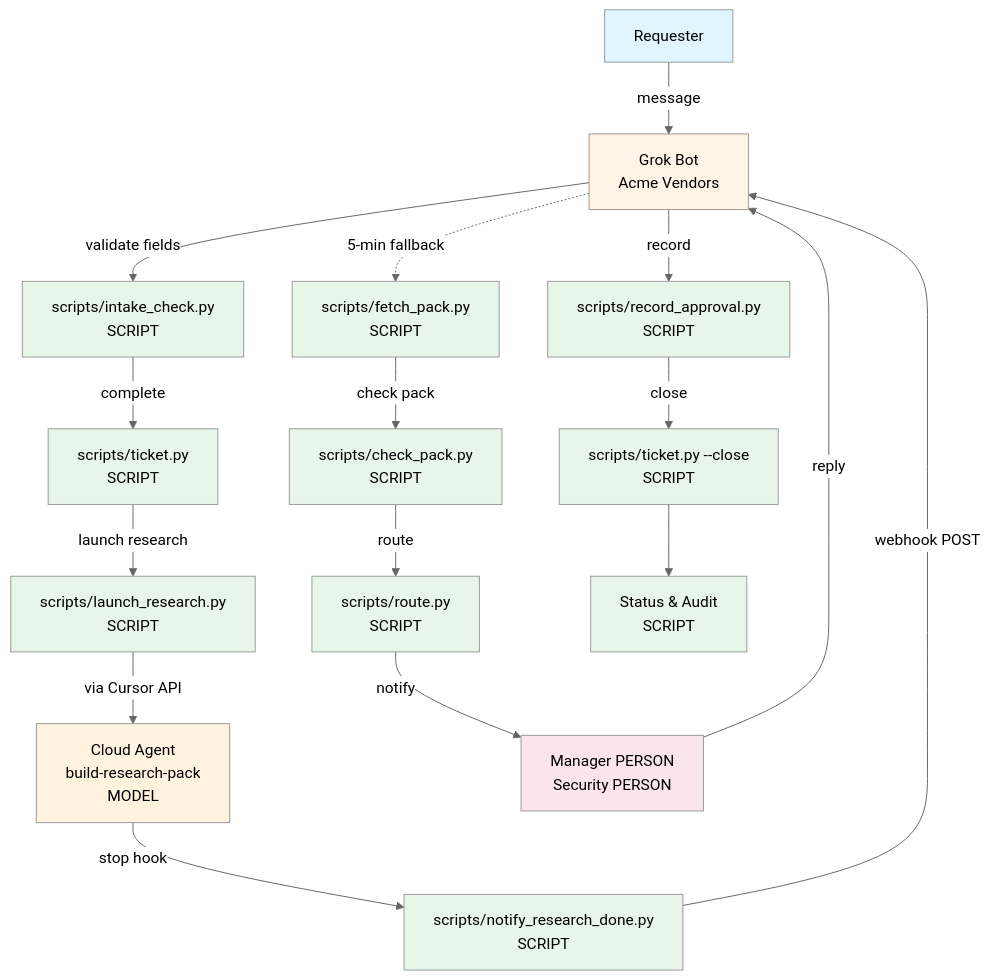
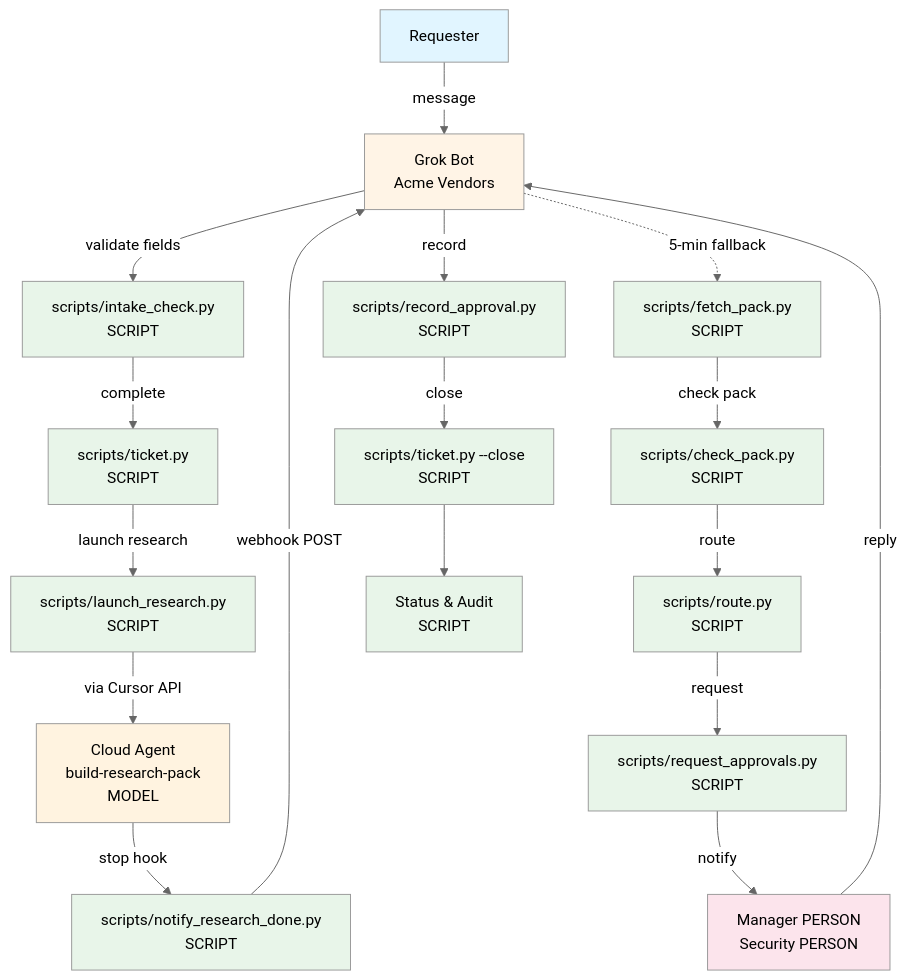
The second of 2 diagrams in README.md (tradersnow222/acme-vendor-onboarding), drawn with Mermaid (neutral theme) before and after one commit. The commit also changed other lines of this file, not shown here.

````diff
--- a/README.md
+++ b/README.md
@@ -51,33 +45,35 @@
 ```mermaid
 flowchart TD
     A[Requester] -->|message| B[Grok Bot<br/>Acme Vendors]
     B -->|validate fields| C[scripts/intake_check.py<br/>SCRIPT]
     C -->|complete| D[scripts/ticket.py<br/>SCRIPT]
     D -->|launch research| E[scripts/launch_research.py<br/>SCRIPT]
     E -->|via Cursor API| F[Cloud Agent<br/>build-research-pack<br/>MODEL]
     F -->|stop hook| G[scripts/notify_research_done.py<br/>SCRIPT]
     G -->|webhook POST| B
     B -.->|5-min fallback| H[scripts/fetch_pack.py<br/>SCRIPT]
     H -->|check pack| I[scripts/check_pack.py<br/>SCRIPT]
     I -->|route| J[scripts/route.py<br/>SCRIPT]
-    J -->|notify| K[Manager PERSON<br/>Security PERSON]
-    K -->|reply| B
-    B -->|record| L[scripts/record_approval.py<br/>SCRIPT]
-    L -->|close| M[scripts/ticket.py --close<br/>SCRIPT]
-    M --> N[Status & Audit<br/>SCRIPT]
+    J -->|request| K[scripts/request_approvals.py<br/>SCRIPT]
+    K -->|notify| L[Manager PERSON<br/>Security PERSON]
+    L -->|reply| B
+    B -->|record| M[scripts/record_approval.py<br/>SCRIPT]
+    M -->|close| N[scripts/ticket.py --close<br/>SCRIPT]
+    N --> O[Status & Audit<br/>SCRIPT]
     
     style A fill:#e1f5ff
     style B fill:#fff4e6
     style C fill:#e8f5e9
     style D fill:#e8f5e9
     style E fill:#e8f5e9
     style F fill:#fff3e0
     style G fill:#e8f5e9
     style H fill:#e8f5e9
     style I fill:#e8f5e9
     style J fill:#e8f5e9
-    style K fill:#fce4ec
-    style L fill:#e8f5e9
+    style K fill:#e8f5e9
+    style L fill:#fce4ec
     style M fill:#e8f5e9
     style N fill:#e8f5e9
+    style O fill:#e8f5e9
 ```
````
